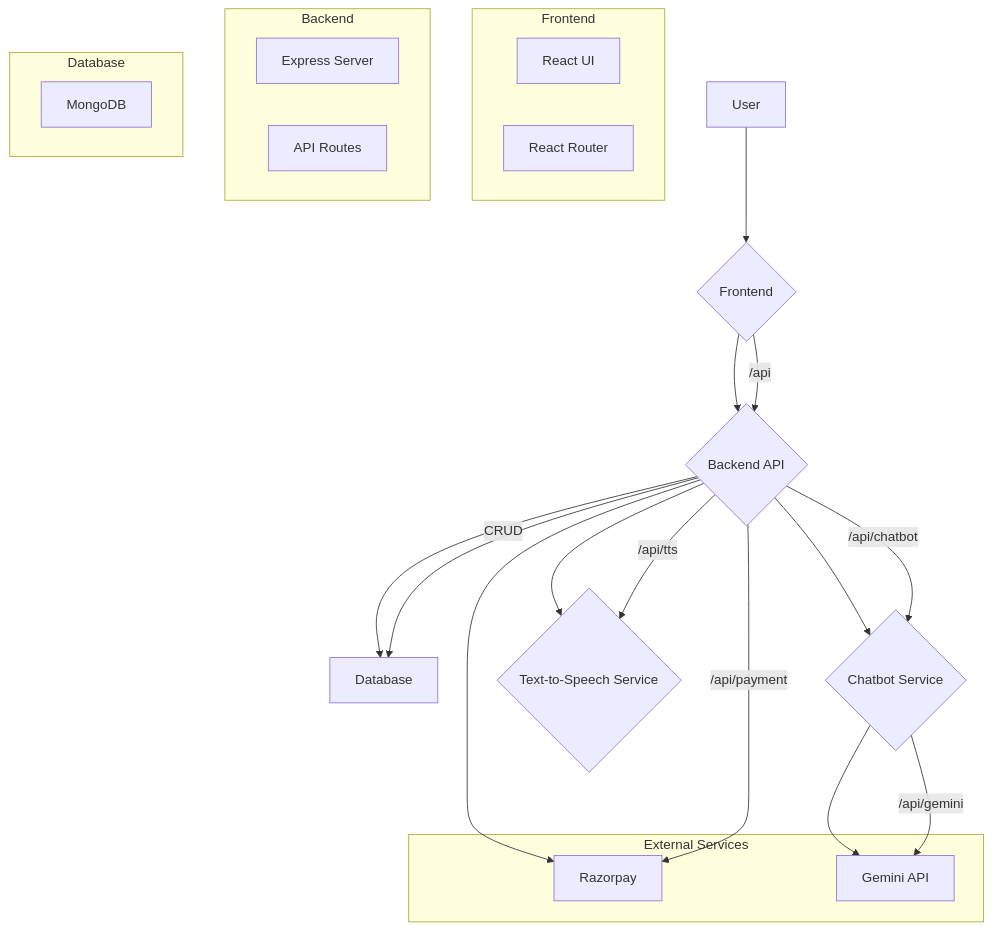
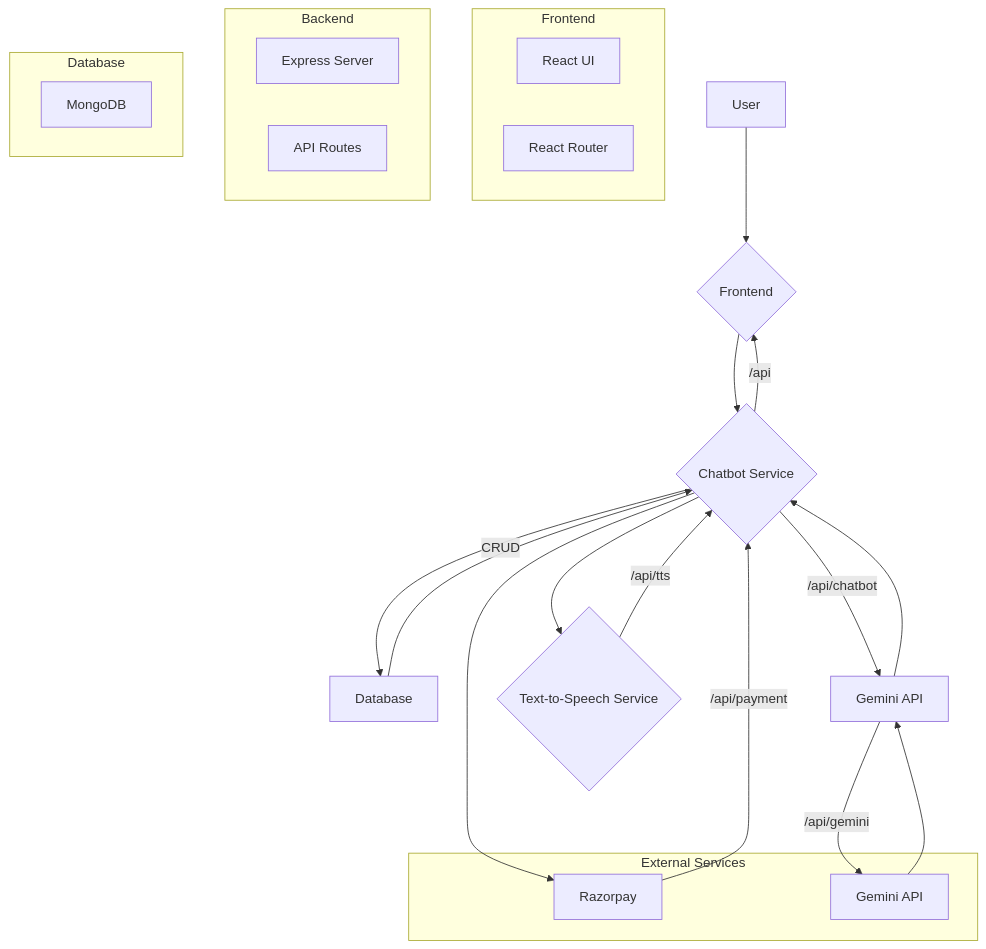
Before and after one commit to Ro706/project_policy: the diagram in README.md, drawn with Mermaid.

````diff
--- a/README.md
+++ b/README.md
@@ -91,36 +91,36 @@
 ```mermaid
 graph TD
     A[User] --> B{Frontend};
     B --> C{Backend API};
     C --> D[Database];
     C --> E{Payment Gateway};
-    C --> F{Chatbot Service};
-    F --> G[Gemini API];
+    F --> C{Chatbot Service};
+    G --> F[Gemini API];
     C --> H{Text-to-Speech Service};
 
     subgraph Frontend
         B1[React UI]
         B2[React Router]
     end
 
     subgraph Backend
         C1[Express Server]
         C2[API Routes]
     end
 
     subgraph Database
         D1[MongoDB]
     end
 
     subgraph External Services
         E[Razorpay]
         G[Gemini API]
     end
 
-    B -- /api --> C;
-    C -- CRUD --> D;
-    C -- /api/payment --> E;
+    C -- /api --> B;
+    D -- CRUD --> C;
+    E -- /api/payment --> C;
     C -- /api/chatbot --> F;
     F -- /api/gemini --> G;
-    C -- /api/tts --> H;
+    H -- /api/tts --> C;
 ```
````
